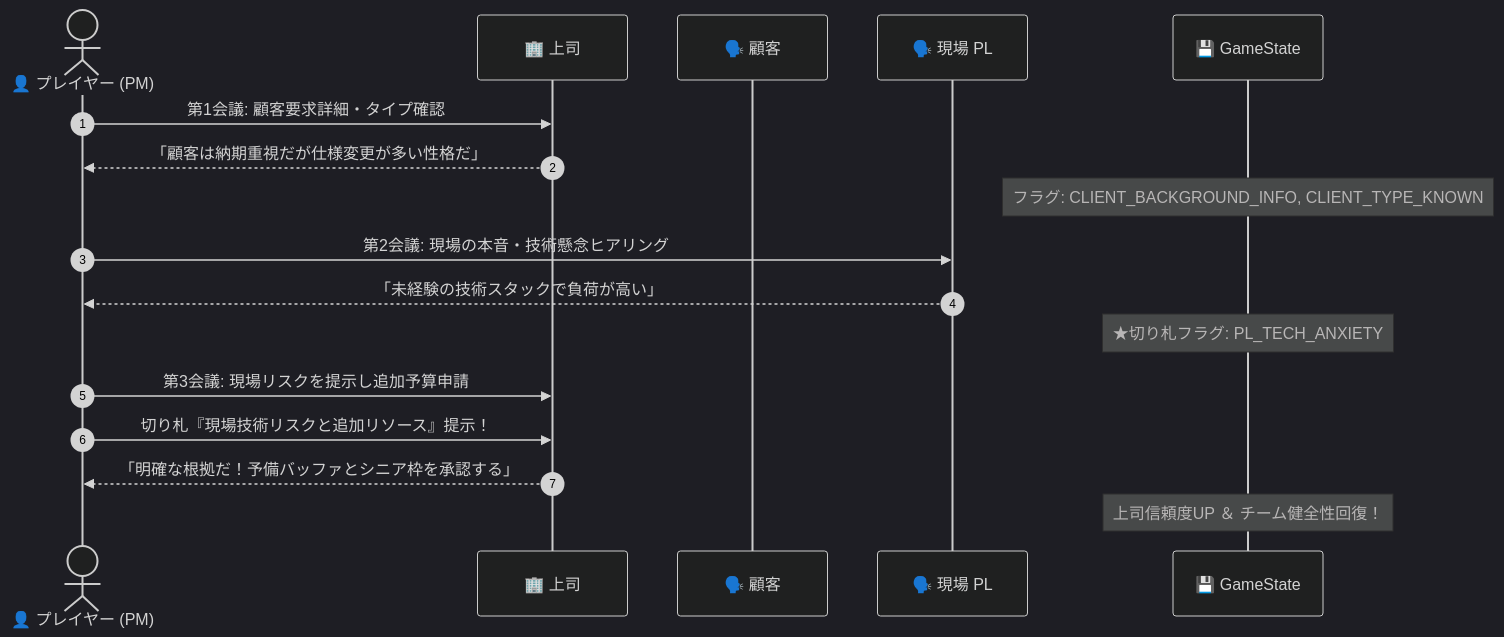
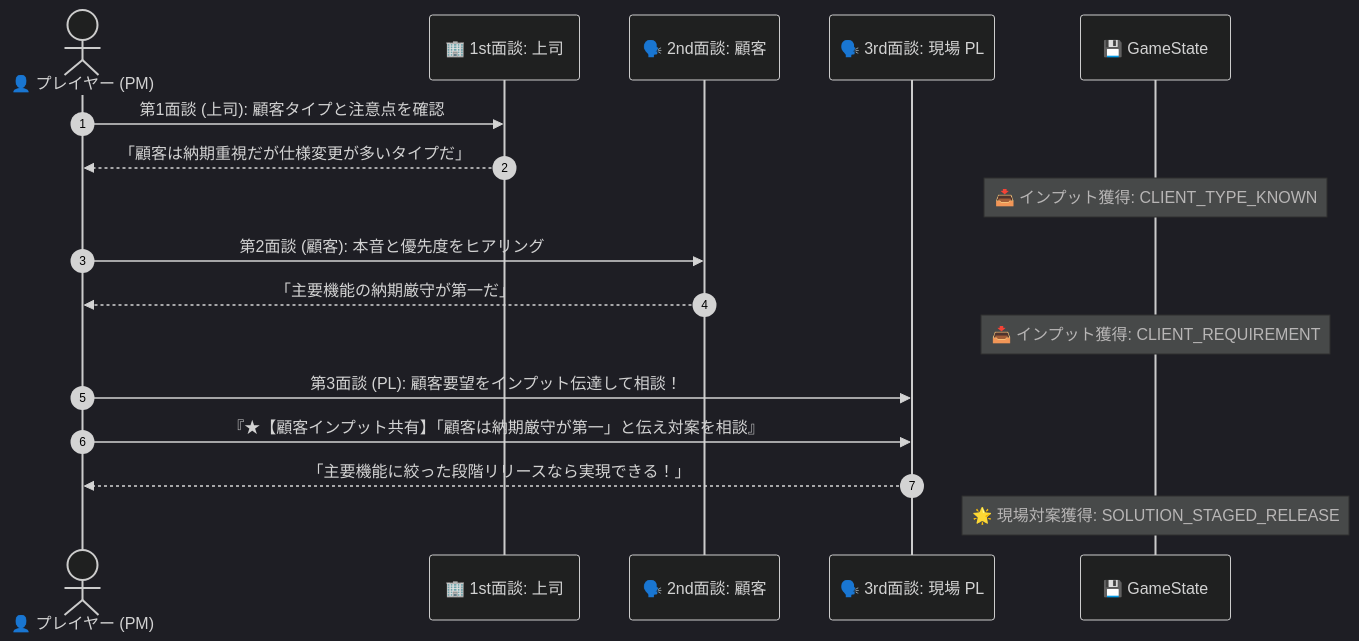
The second of 3 diagrams in docs/spec/phase1_kickoff.md (asabon/pm-simulator), drawn with Mermaid (dark theme) before and after one commit. The commit also changed other lines of this file and 3 other files, not shown here.

````diff
--- a/docs/spec/phase1_kickoff.md
+++ b/docs/spec/phase1_kickoff.md
@@ -49,22 +52,22 @@
 ```mermaid
 sequenceDiagram
     autonumber
     actor PM as 👤 プレイヤー (PM)
-    participant Boss as 🏢 上司
-    participant Client as 🗣️ 顧客
-    participant PL as 🗣️ 現場 PL
+    participant Boss as 🏢 1st面談: 上司
+    participant Client as 🗣️ 2nd面談: 顧客
+    participant PL as 🗣️ 3rd面談: 現場 PL
     participant State as 💾 GameState
 
-    PM->>Boss: 第1会議: 顧客要求詳細・タイプ確認
-    Boss-->>PM: 「顧客は納期重視だが仕様変更が多い性格だ」
-    Note over State: フラグ: CLIENT_BACKGROUND_INFO, CLIENT_TYPE_KNOWN
+    PM->>Boss: 第1面談 (上司): 顧客タイプと注意点を確認
+    Boss-->>PM: 「顧客は納期重視だが仕様変更が多いタイプだ」
+    Note over State: 📥 インプット獲得: CLIENT_TYPE_KNOWN
 
-    PM->>PL: 第2会議: 現場の本音・技術懸念ヒアリング
-    PL-->>PM: 「未経験の技術スタックで負荷が高い」
-    Note over State: ★切り札フラグ: PL_TECH_ANXIETY
+    PM->>Client: 第2面談 (顧客): 本音と優先度をヒアリング
+    Client-->>PM: 「主要機能の納期厳守が第一だ」
+    Note over State: 📥 インプット獲得: CLIENT_REQUIREMENT
 
-    PM->>Boss: 第3会議: 現場リスクを提示し追加予算申請
-    PM->>Boss: 切り札『現場技術リスクと追加リソース』提示！
-    Boss-->>PM: 「明確な根拠だ！予備バッファとシニア枠を承認する」
-    Note over State: 上司信頼度UP ＆ チーム健全性回復！
+    PM->>PL: 第3面談 (PL): 顧客要望をインプット伝達して相談！
+    PM->>PL: 『★【顧客インプット共有】「顧客は納期厳守が第一」と伝え対案を相談』
+    PL-->>PM: 「主要機能に絞った段階リリースなら実現できる！」
+    Note over State: 🌟 現場対案獲得: SOLUTION_STAGED_RELEASE
 ```
````
